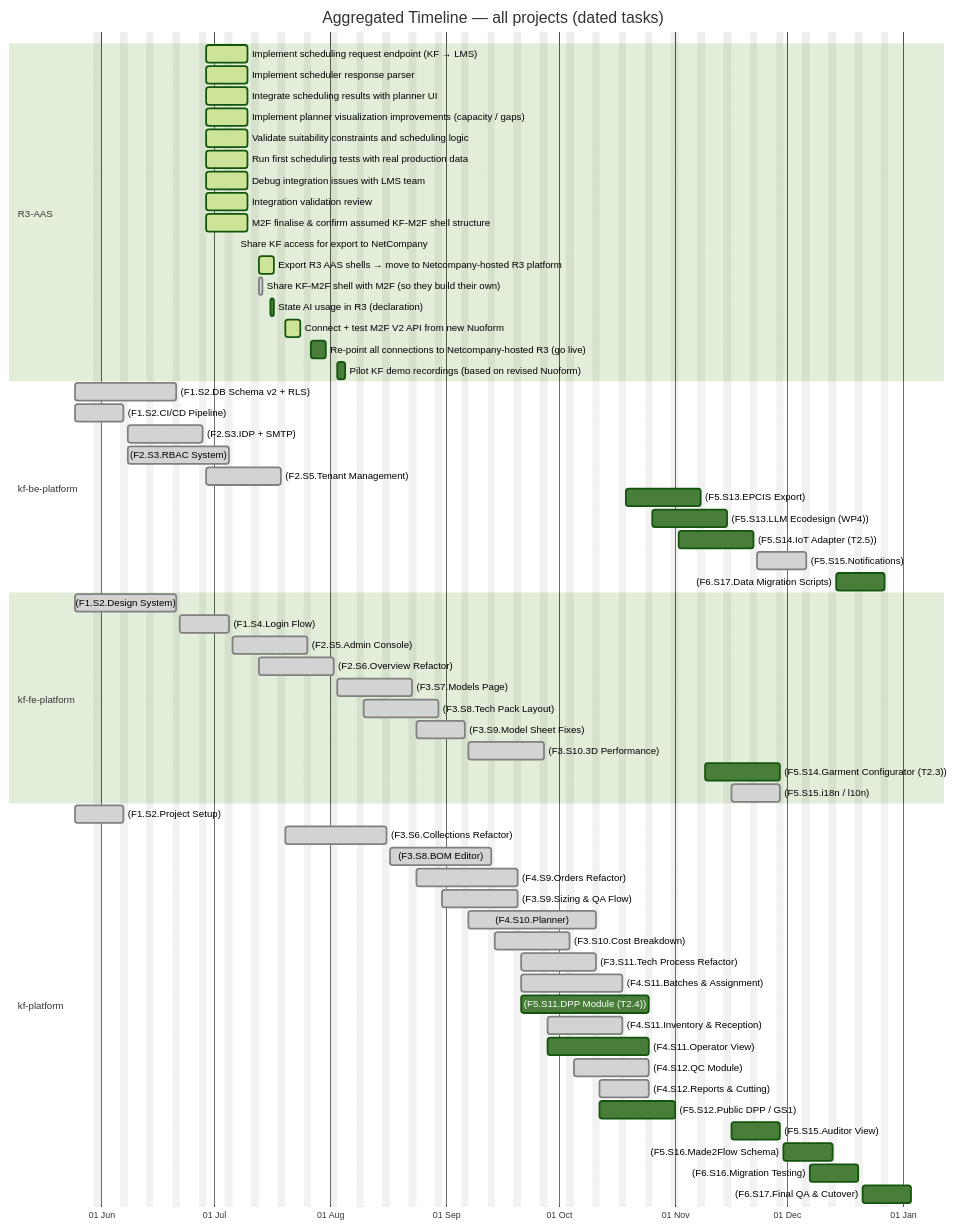
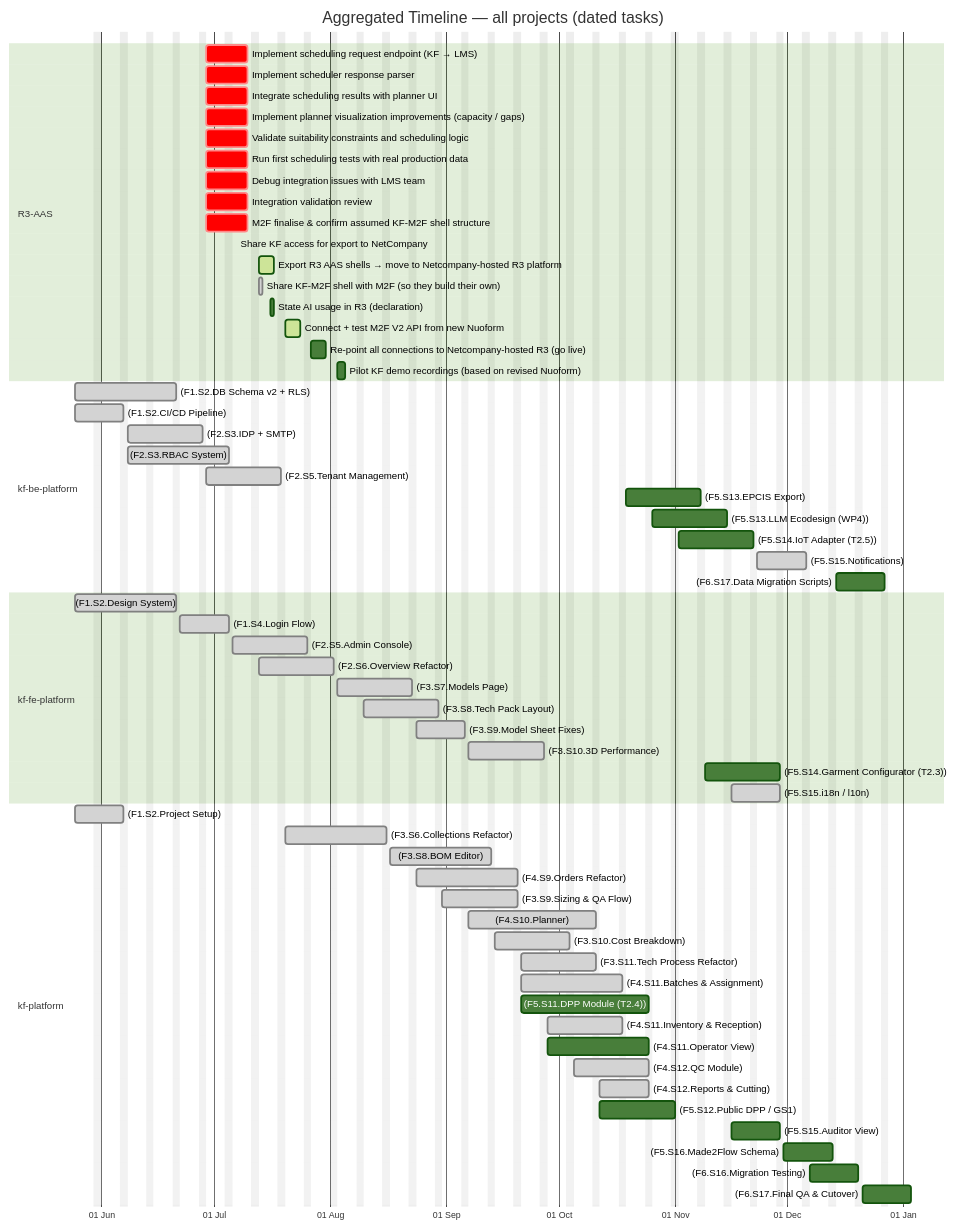
One commit to Katty-Fashion/kf-cpto changed the third of 6 diagrams in docs/unified-calendar.md. Above: the diagram before and after it, drawn with Mermaid (forest theme). The commit also changed other lines of this file and 14 other files, not shown here.

````diff
--- a/docs/unified-calendar.md
+++ b/docs/unified-calendar.md
@@ -61,67 +61,67 @@
 ```mermaid
 gantt
     title Aggregated Timeline — all projects (dated tasks)
     dateFormat YYYY-MM-DD
     axisFormat %d %b
     excludes weekends
 
     section R3-AAS
-    Implement scheduling request endpoint (KF → LMS) :active, 2026-06-29, 2026-07-10
-    Implement scheduler response parser :active, 2026-06-29, 2026-07-10
-    Integrate scheduling results with planner UI :active, 2026-06-29, 2026-07-10
-    Implement planner visualization improvements (capacity / gaps) :active, 2026-06-29, 2026-07-10
-    Validate suitability constraints and scheduling logic :active, 2026-06-29, 2026-07-10
-    Run first scheduling tests with real production data :active, 2026-06-29, 2026-07-10
-    Debug integration issues with LMS team :active, 2026-06-29, 2026-07-10
-    Integration validation review :active, 2026-06-29, 2026-07-10
-    M2F finalise & confirm assumed KF-M2F shell structure :active, 2026-06-29, 2026-07-10
+    Implement scheduling request endpoint (KF → LMS) :crit, 2026-06-29, 2026-07-10
+    Implement scheduler response parser :crit, 2026-06-29, 2026-07-10
+    Integrate scheduling results with planner UI :crit, 2026-06-29, 2026-07-10
+    Implement planner visualization improvements (capacity / gaps) :crit, 2026-06-29, 2026-07-10
+    Validate suitability constraints and scheduling logic :crit, 2026-06-29, 2026-07-10
+    Run first scheduling tests with real production data :crit, 2026-06-29, 2026-07-10
+    Debug integration issues with LMS team :crit, 2026-06-29, 2026-07-10
+    Integration validation review :crit, 2026-06-29, 2026-07-10
+    M2F finalise & confirm assumed KF-M2F shell structure :crit, 2026-06-29, 2026-07-10
     Share KF access for export to NetCompany :done, 2026-07-07, 2026-07-07
     Export R3 AAS shells → move to Netcompany-hosted R3 platform :active, 2026-07-13, 2026-07-17
     Share KF-M2F shell with M2F (so they build their own) :done, 2026-07-13, 2026-07-14
     State AI usage in R3 (declaration) :2026-07-16, 2026-07-17
     Connect + test M2F V2 API from new Nuoform :active, 2026-07-20, 2026-07-24
     Re-point all connections to Netcompany-hosted R3 (go live) :2026-07-27, 2026-07-31
     Pilot KF demo recordings (based on revised Nuoform) :2026-08-03, 2026-08-05
     section kf-be-platform
     (F1.S2.DB Schema v2 + RLS) :done, 2026-05-25, 2026-06-21
     (F1.S2.CI/CD Pipeline) :done, 2026-05-25, 2026-06-07
     (F2.S3.IDP + SMTP) :done, 2026-06-08, 2026-06-28
     (F2.S3.RBAC System) :done, 2026-06-08, 2026-07-05
     (F2.S5.Tenant Management) :done, 2026-06-29, 2026-07-19
     (F5.S13.EPCIS Export) :2026-10-19, 2026-11-08
     (F5.S13.LLM Ecodesign (WP4)) :2026-10-26, 2026-11-15
     (F5.S14.IoT Adapter (T2.5)) :2026-11-02, 2026-11-22
     (F5.S15.Notifications) :done, 2026-11-23, 2026-12-06
     (F6.S17.Data Migration Scripts) :2026-12-14, 2026-12-27
     section kf-fe-platform
     (F1.S2.Design System) :done, 2026-05-25, 2026-06-21
     (F1.S4.Login Flow) :done, 2026-06-22, 2026-07-05
     (F2.S5.Admin Console) :done, 2026-07-06, 2026-07-26
     (F2.S6.Overview Refactor) :done, 2026-07-13, 2026-08-02
     (F3.S7.Models Page) :done, 2026-08-03, 2026-08-23
     (F3.S8.Tech Pack Layout) :done, 2026-08-10, 2026-08-30
     (F3.S9.Model Sheet Fixes) :done, 2026-08-24, 2026-09-06
     (F3.S10.3D Performance) :done, 2026-09-07, 2026-09-27
     (F5.S14.Garment Configurator (T2.3)) :2026-11-09, 2026-11-29
     (F5.S15.i18n / l10n) :done, 2026-11-16, 2026-11-29
     section kf-platform
     (F1.S2.Project Setup) :done, 2026-05-25, 2026-06-07
     (F3.S6.Collections Refactor) :done, 2026-07-20, 2026-08-16
     (F3.S8.BOM Editor) :done, 2026-08-17, 2026-09-13
     (F4.S9.Orders Refactor) :done, 2026-08-24, 2026-09-20
     (F3.S9.Sizing & QA Flow) :done, 2026-08-31, 2026-09-20
     (F4.S10.Planner) :done, 2026-09-07, 2026-10-11
     (F3.S10.Cost Breakdown) :done, 2026-09-14, 2026-10-04
     (F3.S11.Tech Process Refactor) :done, 2026-09-21, 2026-10-11
     (F4.S11.Batches & Assignment) :done, 2026-09-21, 2026-10-18
     (F5.S11.DPP Module (T2.4)) :2026-09-21, 2026-10-25
     (F4.S11.Inventory & Reception) :done, 2026-09-28, 2026-10-18
     (F4.S11.Operator View) :2026-09-28, 2026-10-25
     (F4.S12.QC Module) :done, 2026-10-05, 2026-10-25
     (F4.S12.Reports & Cutting) :done, 2026-10-12, 2026-10-25
     (F5.S12.Public DPP / GS1) :2026-10-12, 2026-11-01
     (F5.S15.Auditor View) :2026-11-16, 2026-11-29
     (F5.S16.Made2Flow Schema) :2026-11-30, 2026-12-13
     (F6.S16.Migration Testing) :2026-12-07, 2026-12-20
     (F6.S17.Final QA & Cutover) :2026-12-21, 2027-01-03
 ```
````
